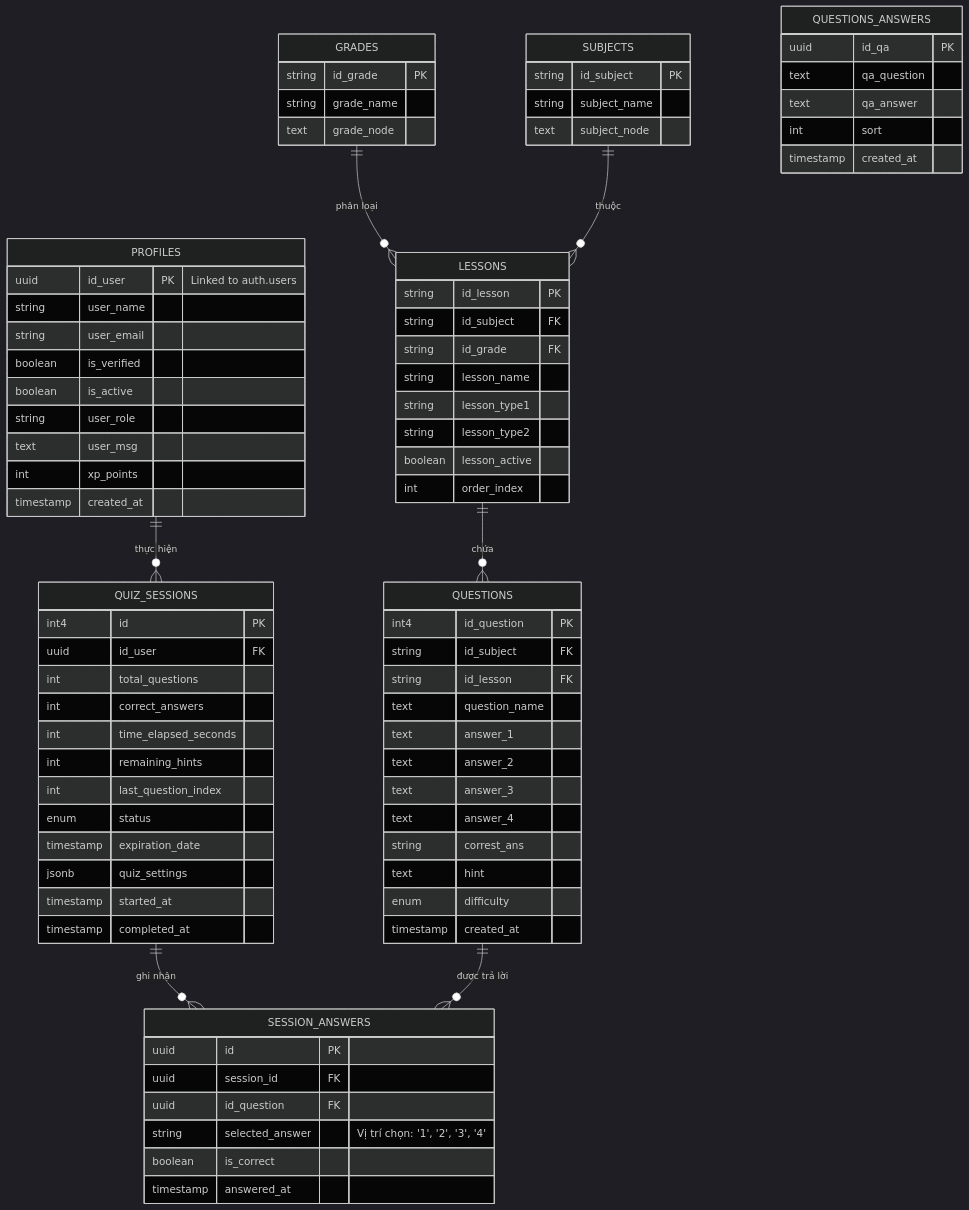
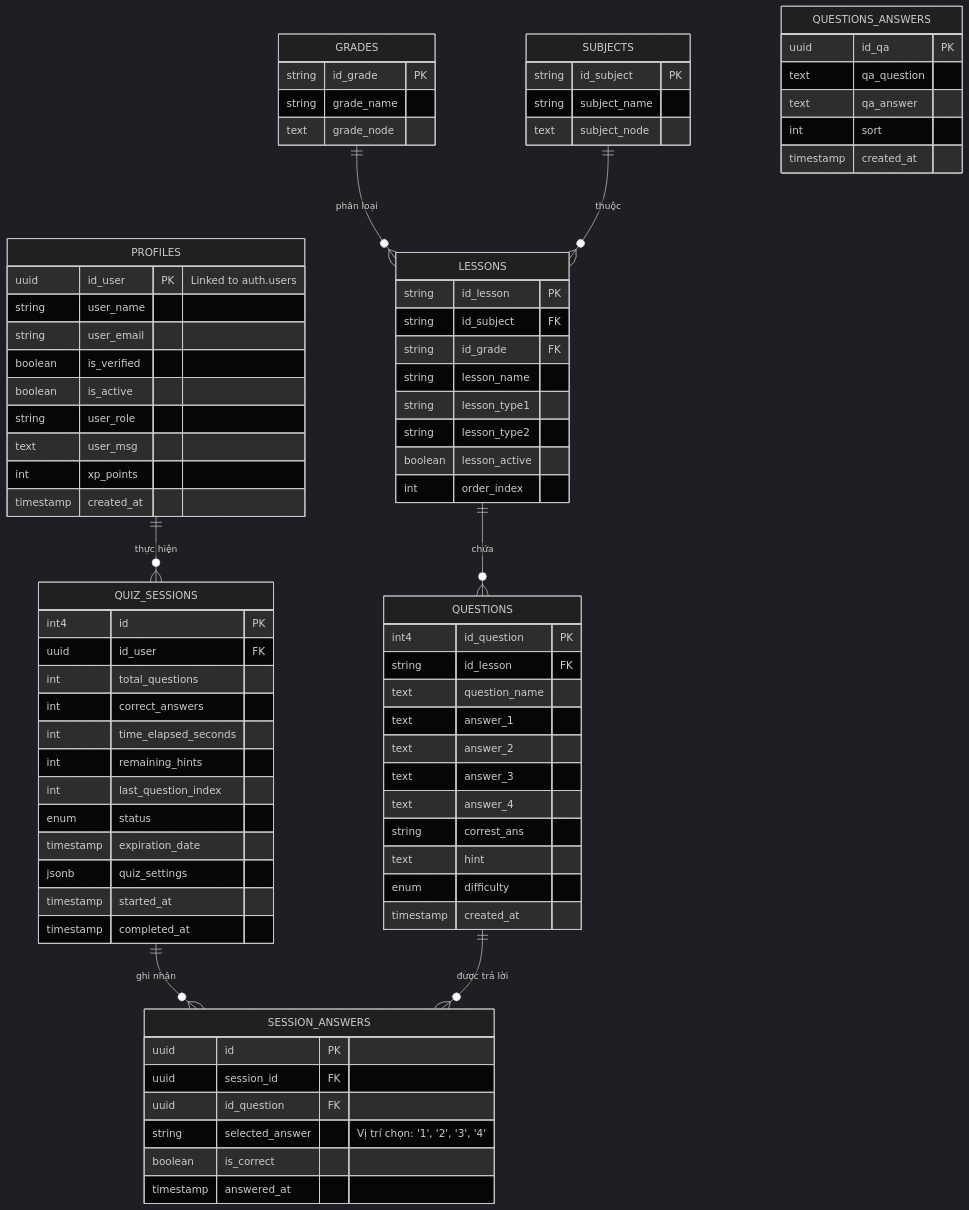
The diagram in docs/Data_Structure.md (Gatewi/quiz), drawn with Mermaid (dark theme) before and after one commit. The commit also changed 6 other files, not shown here.

```diff
--- a/docs/Data_Structure.md
+++ b/docs/Data_Structure.md
@@ -50,7 +50,6 @@
 
     QUESTIONS {
         int4 id_question PK
-        string id_subject FK
         string id_lesson FK
         text question_name
         text answer_1
```
